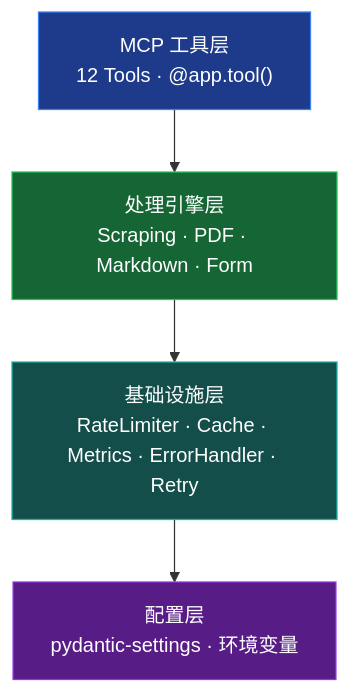
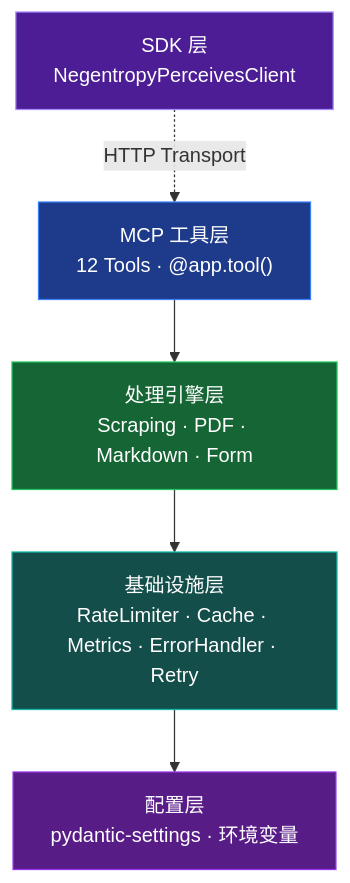
Before and after one commit to ThreeFish-AI/data-extractor: the first of 6 diagrams in docs/1-Framework.md, drawn with Mermaid. The commit also changed other lines of this file, not shown here.

````diff
--- a/docs/1-Framework.md
+++ b/docs/1-Framework.md
@@ -29,11 +30,13 @@
 ```mermaid
 graph TD
-    A["MCP 工具层<br/>12 Tools · @app.tool()"] --> B["处理引擎层<br/>Scraping · PDF · Markdown · Form"]
+    A["SDK 层<br/>NegentropyPerceivesClient"] -.->|"HTTP Transport"| T["MCP 工具层<br/>12 Tools · @app.tool()"]
+    T --> B["处理引擎层<br/>Scraping · PDF · Markdown · Form"]
     B --> C["基础设施层<br/>RateLimiter · Cache · Metrics · ErrorHandler · Retry"]
     C --> D["配置层<br/>pydantic-settings · 环境变量"]
 
-    style A fill:#1e3a8a,stroke:#3b82f6,color:#ffffff
+    style A fill:#4c1d95,stroke:#a78bfa,color:#ffffff
+    style T fill:#1e3a8a,stroke:#3b82f6,color:#ffffff
     style B fill:#166534,stroke:#22c55e,color:#ffffff
     style C fill:#134e4a,stroke:#14b8a6,color:#ffffff
     style D fill:#581c87,stroke:#9333ea,color:#ffffff
 ```
````
